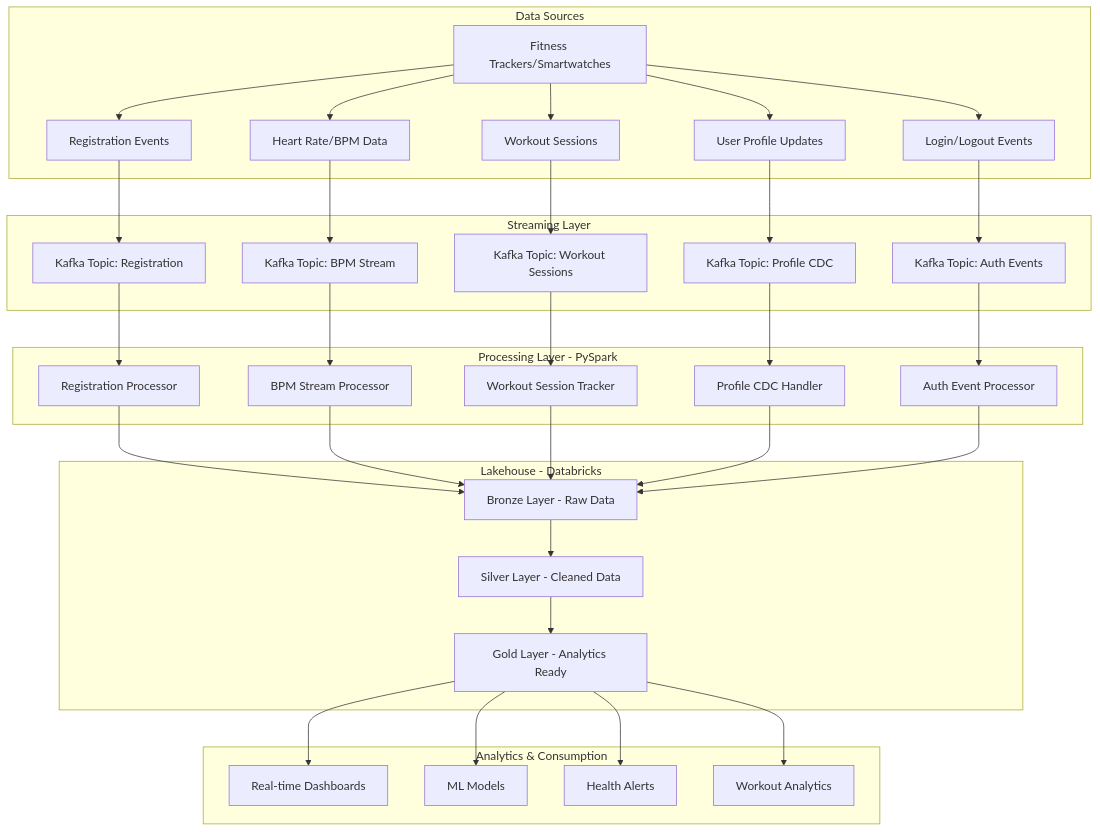
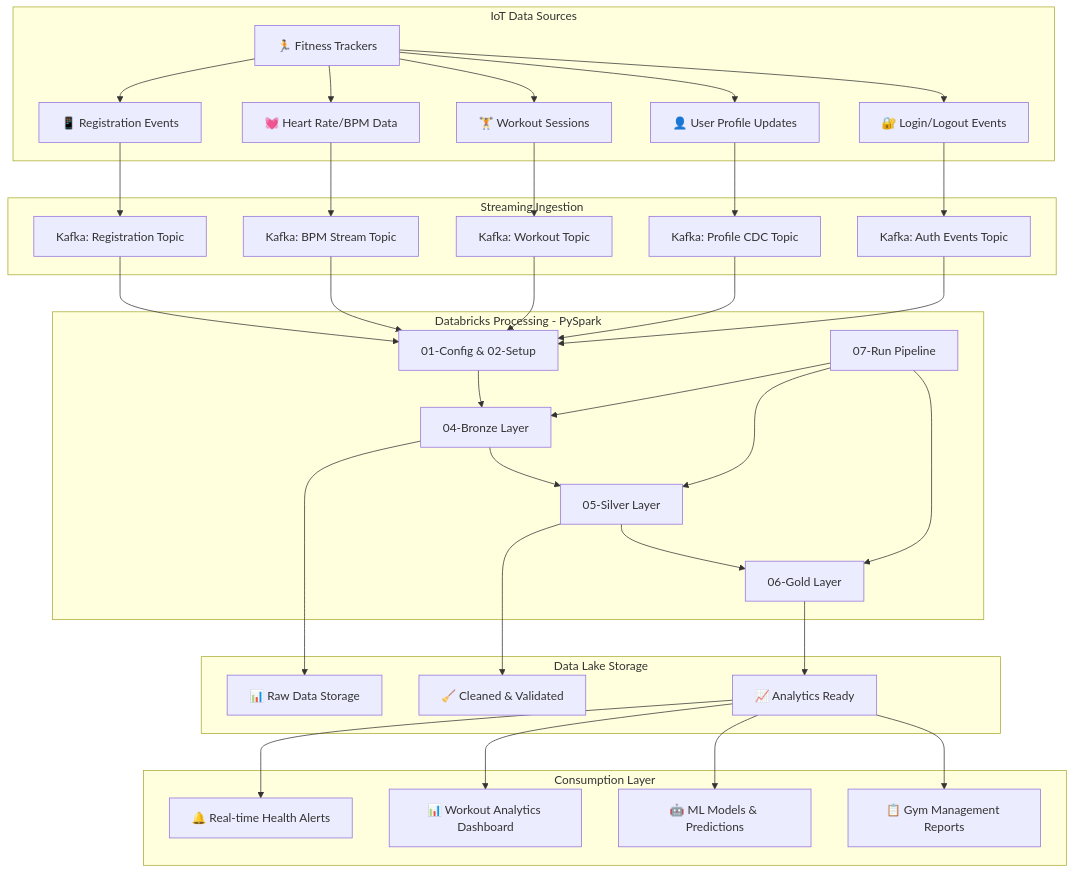
One commit to Patel308/pyspark-kafka-streaming-pipeline changed the diagram in Readme.md. Above: the diagram before and after it, drawn with Mermaid. The commit also changed other lines of this file, not shown here.

````diff
--- a/Readme.md
+++ b/Readme.md
@@ -20,43 +23,45 @@
 ```mermaid
 graph TB
-    subgraph "Data Sources"
-        A[Fitness Trackers/Smartwatches] --> B[Registration Events]
-        A --> C[Heart Rate/BPM Data]
-        A --> D[Workout Sessions]
-        A --> E[User Profile Updates]
-        A --> F[Login/Logout Events]
+    subgraph "IoT Data Sources"
+        A[🏃 Fitness Trackers] --> B[📱 Registration Events]
+        A --> C[💓 Heart Rate/BPM Data]
+        A --> D[🏋️ Workout Sessions]
+        A --> E[👤 User Profile Updates]
+        A --> F[🔐 Login/Logout Events]
     end
     
-    subgraph "Streaming Layer"
-        B --> G[Kafka Topic: Registration]
-        C --> H[Kafka Topic: BPM Stream]
-        D --> I[Kafka Topic: Workout Sessions]
-        E --> J[Kafka Topic: Profile CDC]
-        F --> K[Kafka Topic: Auth Events]
+    subgraph "Streaming Ingestion"
+        B --> G[Kafka: Registration Topic]
+        C --> H[Kafka: BPM Stream Topic]
+        D --> I[Kafka: Workout Topic]
+        E --> J[Kafka: Profile CDC Topic]
+        F --> K[Kafka: Auth Events Topic]
     end
     
-    subgraph "Processing Layer - PySpark"
-        G --> L[Registration Processor]
-        H --> M[BPM Stream Processor]
-        I --> N[Workout Session Tracker]
-        J --> O[Profile CDC Handler]
-        K --> P[Auth Event Processor]
+    subgraph "Databricks Processing - PySpark"
+        G --> L[01-Config & 02-Setup]
+        H --> L
+        I --> L
+        J --> L
+        K --> L
+        L --> M[04-Bronze Layer]
+        M --> N[05-Silver Layer]
+        N --> O[06-Gold Layer]
+        P[07-Run Pipeline] --> M
+        P --> N
+        P --> O
     end
     
-    subgraph "Lakehouse - Databricks"
-        L --> Q[Bronze Layer - Raw Data]
-        M --> Q
-        N --> Q
-        O --> Q
-        P --> Q
-        Q --> R[Silver Layer - Cleaned Data]
-        R --> S[Gold Layer - Analytics Ready]
+    subgraph "Data Lake Storage"
+        M --> Q[📊 Raw Data Storage]
+        N --> R[🧹 Cleaned & Validated]
+        O --> S[📈 Analytics Ready]
     end
     
-    subgraph "Analytics & Consumption"
-        S --> T[Real-time Dashboards]
-        S --> U[ML Models]
-        S --> V[Health Alerts]
-        S --> W[Workout Analytics]
+    subgraph "Consumption Layer"
+        S --> T[🔔 Real-time Health Alerts]
+        S --> U[📊 Workout Analytics Dashboard]
+        S --> V[🤖 ML Models & Predictions]
+        S --> W[📋 Gym Management Reports]
     end
 ```
````
